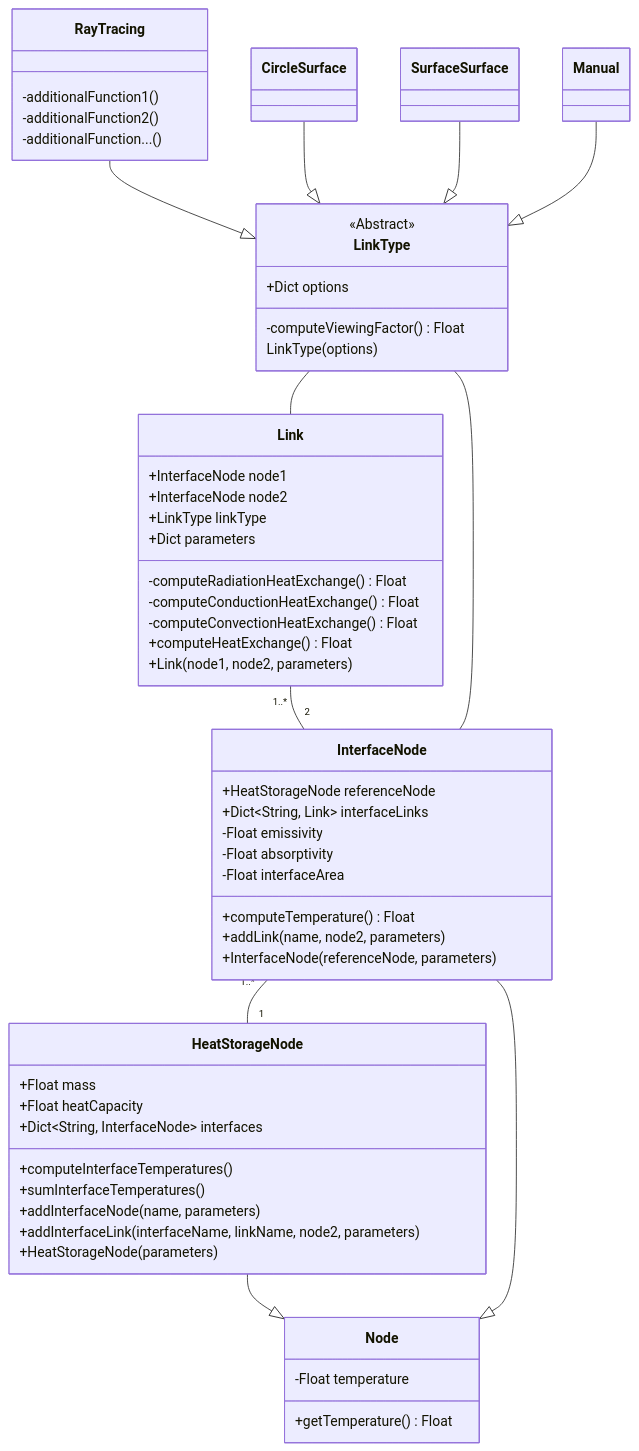
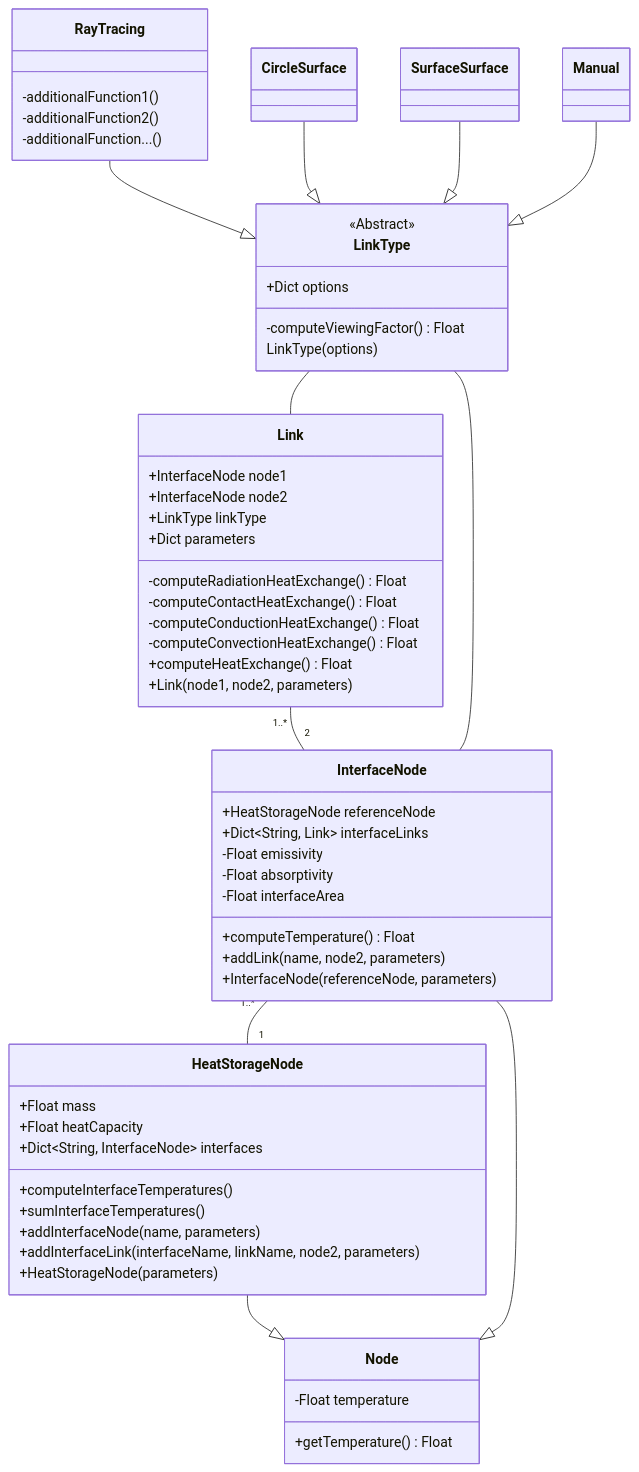
Before and after one commit to niveK77pur/ISM-Thermal-Model: the diagram in class-diagram/class-diagram.mmd, drawn with Mermaid. The commit also changed 1 other file, not shown here.

Commit message:
implement contact heat exchange

```diff
--- a/class-diagram/class-diagram.mmd
+++ b/class-diagram/class-diagram.mmd
@@ -1,71 +1,72 @@
 classDiagram
 
 
 class Node {
     -Float temperature
     +getTemperature() Float
 }
 
 class HeatStorageNode {
     +Float mass
     +Float heatCapacity
     +Dict~String, InterfaceNode~ interfaces
     +computeInterfaceTemperatures()
     +sumInterfaceTemperatures()
     +addInterfaceNode(name, parameters)
     +addInterfaceLink(interfaceName, linkName, node2, parameters)
     +HeatStorageNode(parameters)
 }
 
 class InterfaceNode {
     +HeatStorageNode referenceNode
     +Dict~String, Link~ interfaceLinks
     -Float emissivity
     -Float absorptivity
     -Float interfaceArea
     +computeTemperature() Float
     +addLink(name, node2, parameters)
     +InterfaceNode(referenceNode, parameters)
 }
 
 class Link {
     +InterfaceNode node1
     +InterfaceNode node2
     +LinkType linkType
     +Dict parameters
     -computeRadiationHeatExchange() Float
+    -computeContactHeatExchange() Float
     -computeConductionHeatExchange() Float
     -computeConvectionHeatExchange() Float
     +computeHeatExchange() Float
     +Link(node1, node2, parameters)
 }
 
 
 class LinkType {
     <<Abstract>>
     +Dict options
     -computeViewingFactor() Float
     LinkType(options)
 }
 
 class RayTracing {
     -additionalFunction1()
     -additionalFunction2()
     -additionalFunction...()
 }
 
 
 HeatStorageNode --|> Node
 InterfaceNode --|> Node
 
 RayTracing --|> LinkType
 CircleSurface --|> LinkType
 SurfaceSurface --|> LinkType
 Manual --|> LinkType
 
 Link "1..*" -- "2" InterfaceNode
 
 InterfaceNode "1..*" -- "1" HeatStorageNode
 
 LinkType -- Link
 LinkType -- InterfaceNode
```
